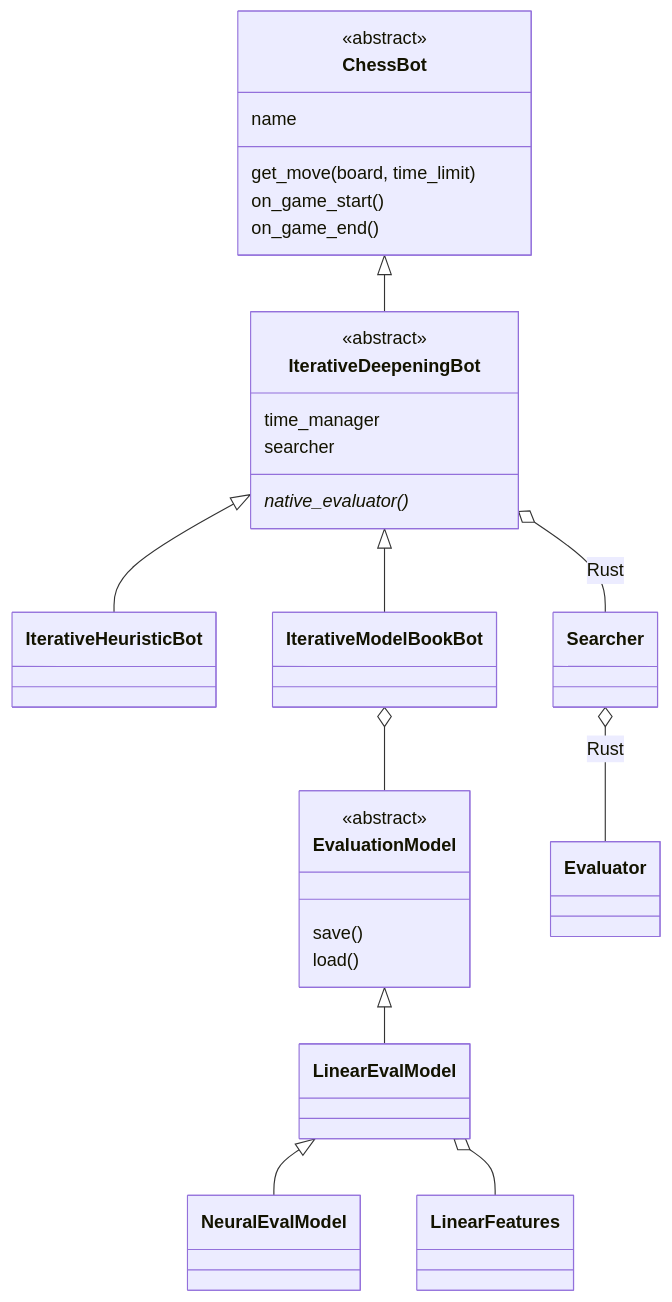
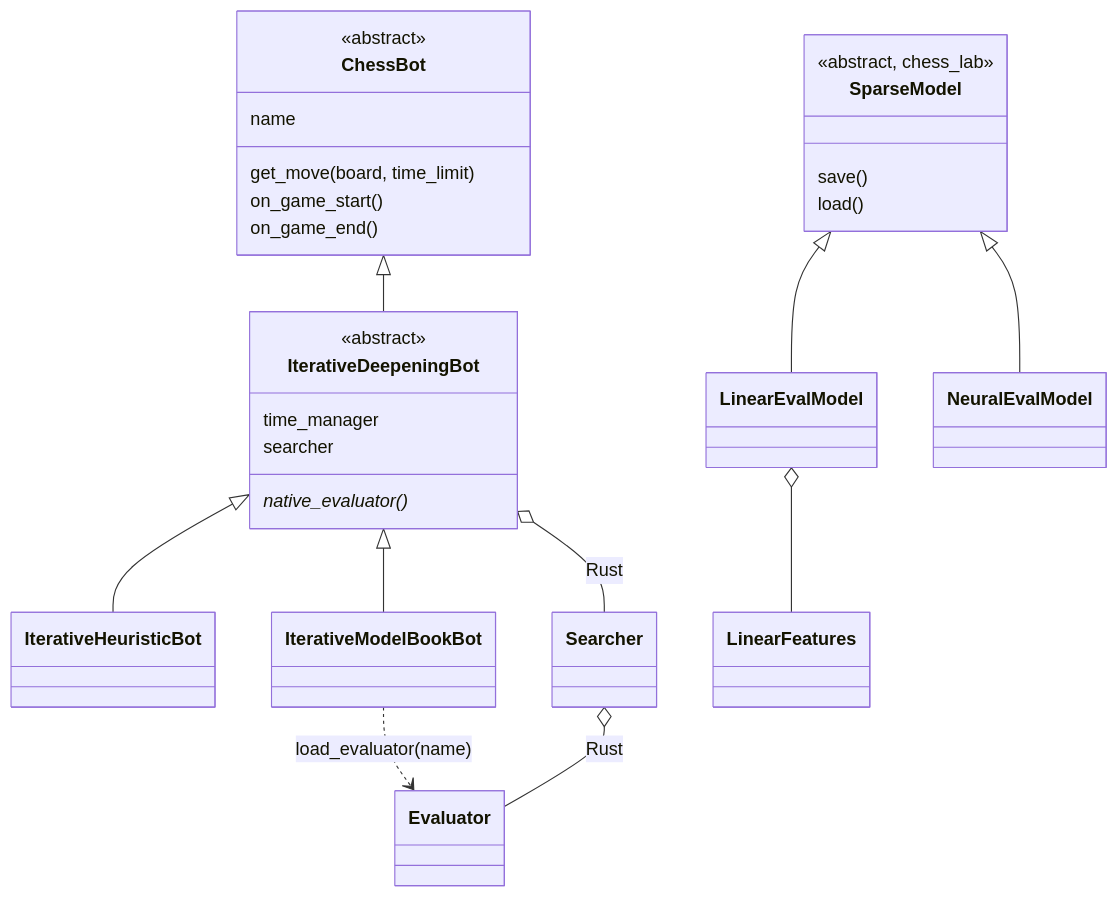
The second of 3 diagrams in docs/ARCHITECTURE.md (JoaquinDeVA/chess-ai-engine), drawn with Mermaid before and after one commit. The commit also changed other lines of this file and 53 other files, not shown here.

Commit message:
refactor: split models into a Rust evaluator loader in the app and definitions in the lab

````diff
--- a/docs/ARCHITECTURE.md
+++ b/docs/ARCHITECTURE.md
@@ -72,31 +72,31 @@
 ```mermaid
 classDiagram
     class ChessBot {
         <<abstract>>
         name
         get_move(board, time_limit)
         on_game_start()
         on_game_end()
     }
     class IterativeDeepeningBot {
         <<abstract>>
         time_manager
         searcher
         native_evaluator()*
     }
     ChessBot <|-- IterativeDeepeningBot
     IterativeDeepeningBot <|-- IterativeHeuristicBot
     IterativeDeepeningBot <|-- IterativeModelBookBot
 
-    class EvaluationModel {
-        <<abstract>>
+    class SparseModel {
+        <<abstract, chess_lab>>
         save()
         load()
     }
-    EvaluationModel <|-- LinearEvalModel
-    LinearEvalModel <|-- NeuralEvalModel
+    SparseModel <|-- LinearEvalModel
+    SparseModel <|-- NeuralEvalModel
     LinearEvalModel o-- LinearFeatures
-    IterativeModelBookBot o-- EvaluationModel
+    IterativeModelBookBot ..> Evaluator : load_evaluator(name)
     IterativeDeepeningBot o-- Searcher : Rust
     Searcher o-- Evaluator : Rust
 ```
````
